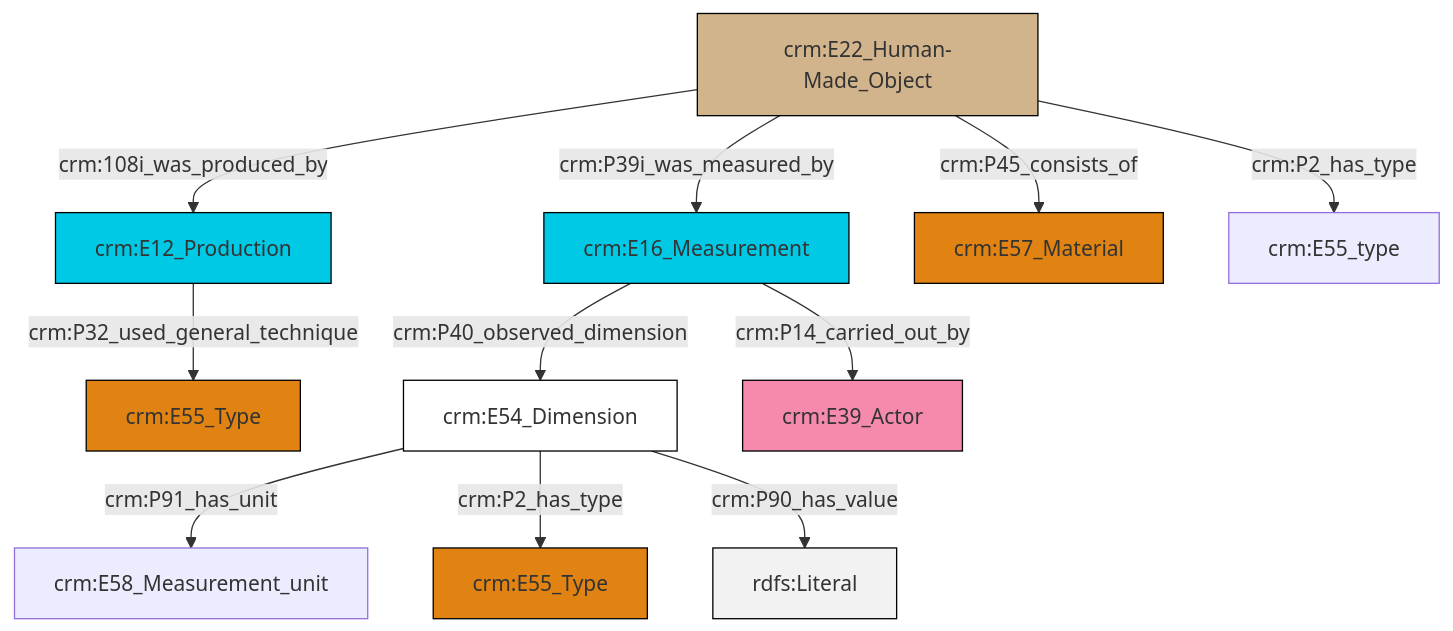
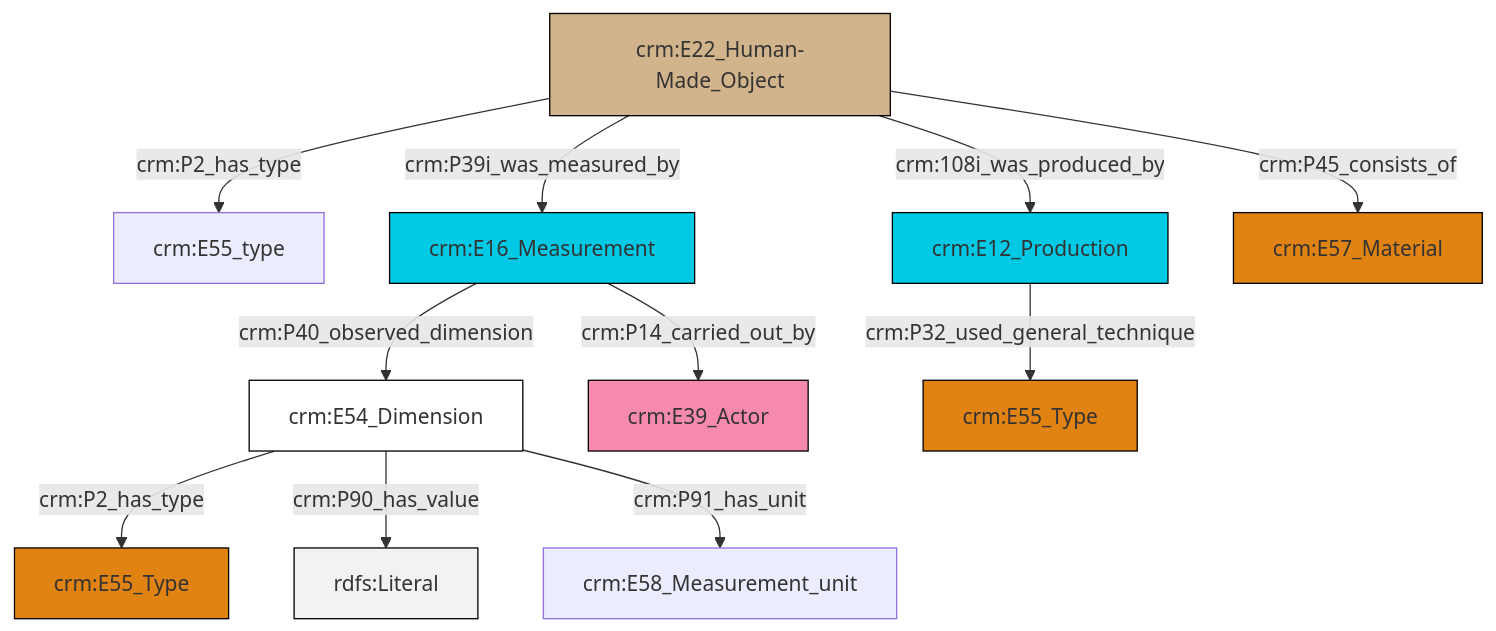
The diagram in et/artworkCSV/ttl/mmd/Artwork_substance.ttl.mmd (swiss-art-research-net/docs.swissartresearch), drawn with Mermaid before and after one commit. The commit also changed 178 other files, not shown here.

```diff
--- a/et/artworkCSV/ttl/mmd/Artwork_substance.ttl.mmd
+++ b/et/artworkCSV/ttl/mmd/Artwork_substance.ttl.mmd
@@ -1,25 +1,25 @@
 graph TD
 classDef Literal fill:#f2f2f2,stroke:#000000;
 classDef CRM_Entity fill:#FFFFFF,stroke:#000000;
 classDef Temporal_Entity fill:#00C9E6, stroke:#000000;
 classDef Type fill:#E18312, stroke:#000000;
 classDef Time-Span fill:#2C9C91, stroke:#000000;
 classDef Appellation fill:#FFEB7F, stroke:#000000;
 classDef Place fill:#008836, stroke:#000000;
 classDef Persistent_Item fill:#B266B2, stroke:#000000;
 classDef Conceptual_Object fill:#FFD700, stroke:#000000;
 classDef Physical_Thing fill:#D2B48C, stroke:#000000;
 classDef Actor fill:#f58aad, stroke:#000000;
 classDef PC_Classes fill:#4ce600, stroke:#000000;
 classDef Multi fill:#cccccc,stroke:#000000;
 
-0["crm:E12_Production"]:::Temporal_Entity -->|crm:P32_used_general_technique| 1["crm:E55_Type"]:::Type
-2["crm:E54_Dimension"]:::CRM_Entity -->|crm:P91_has_unit| 3["crm:E58_Measurement_unit"]:::Default
-8["crm:E22_Human-Made_Object"]:::Physical_Thing -->|crm:P45_consists_of| 9["crm:E57_Material"]:::Type
-8["crm:E22_Human-Made_Object"]:::Physical_Thing -->|crm:108i_was_produced_by| 0["crm:E12_Production"]:::Temporal_Entity
-8["crm:E22_Human-Made_Object"]:::Physical_Thing -->|crm:P2_has_type| 15["crm:E55_type"]:::Default
-8["crm:E22_Human-Made_Object"]:::Physical_Thing -->|crm:P39i_was_measured_by| 4["crm:E16_Measurement"]:::Temporal_Entity
-2["crm:E54_Dimension"]:::CRM_Entity -->|crm:P2_has_type| 6["crm:E55_Type"]:::Type
-4["crm:E16_Measurement"]:::Temporal_Entity -->|crm:P40_observed_dimension| 2["crm:E54_Dimension"]:::CRM_Entity
-2["crm:E54_Dimension"]:::CRM_Entity -->|crm:P90_has_value| 20[rdfs:Literal]:::Literal
-4["crm:E16_Measurement"]:::Temporal_Entity -->|crm:P14_carried_out_by| 16["crm:E39_Actor"]:::Actor
+2["crm:E54_Dimension"]:::CRM_Entity -->|crm:P2_has_type| 3["crm:E55_Type"]:::Type
+4["crm:E22_Human-Made_Object"]:::Physical_Thing -->|crm:108i_was_produced_by| 5["crm:E12_Production"]:::Temporal_Entity
+5["crm:E12_Production"]:::Temporal_Entity -->|crm:P32_used_general_technique| 8["crm:E55_Type"]:::Type
+4["crm:E22_Human-Made_Object"]:::Physical_Thing -->|crm:P39i_was_measured_by| 9["crm:E16_Measurement"]:::Temporal_Entity
+9["crm:E16_Measurement"]:::Temporal_Entity -->|crm:P14_carried_out_by| 6["crm:E39_Actor"]:::Actor
+4["crm:E22_Human-Made_Object"]:::Physical_Thing -->|crm:P2_has_type| 0["crm:E55_type"]:::Default
+9["crm:E16_Measurement"]:::Temporal_Entity -->|crm:P40_observed_dimension| 2["crm:E54_Dimension"]:::CRM_Entity
+2["crm:E54_Dimension"]:::CRM_Entity -->|crm:P90_has_value| 15[rdfs:Literal]:::Literal
+4["crm:E22_Human-Made_Object"]:::Physical_Thing -->|crm:P45_consists_of| 13["crm:E57_Material"]:::Type
+2["crm:E54_Dimension"]:::CRM_Entity -->|crm:P91_has_unit| 10["crm:E58_Measurement_unit"]:::Default
```
